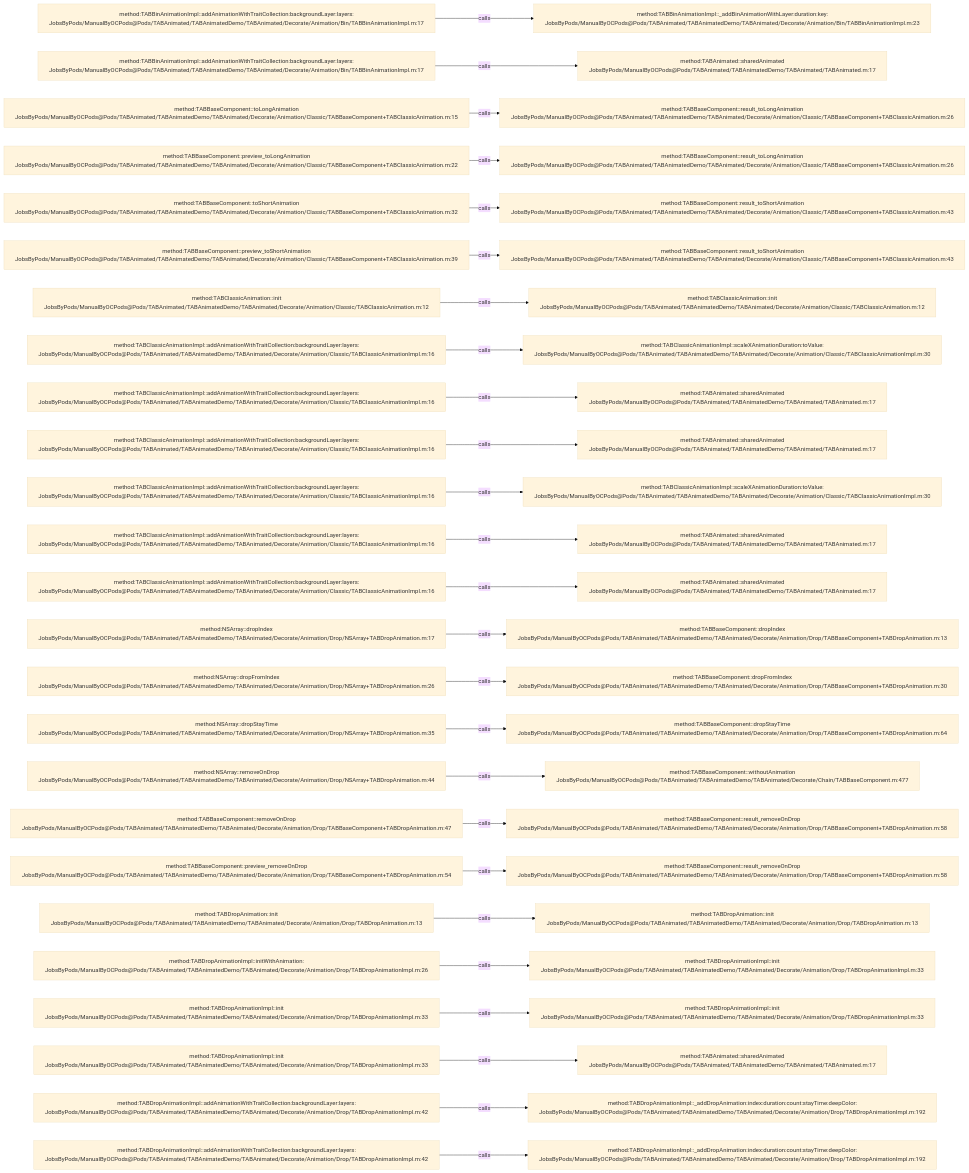
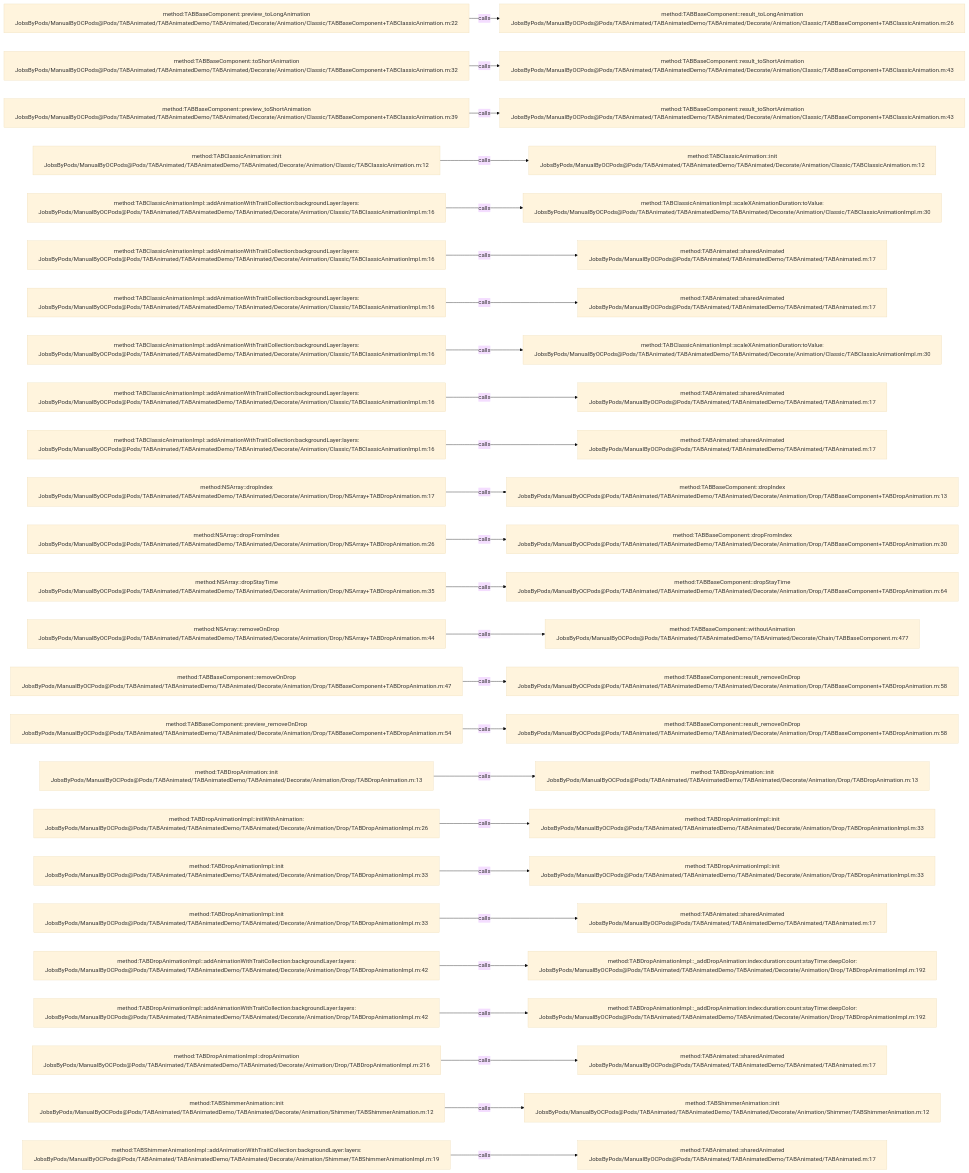
The diagram in .codegraph/codegraph.md/graphs/calls-030.md (JobsKits/JobsOCBaseConfigDemo), drawn with Mermaid (base theme) before and after one commit. The commit also changed 342 other files, not shown here.

````diff
--- a/.codegraph/codegraph.md/graphs/calls-030.md
+++ b/.codegraph/codegraph.md/graphs/calls-030.md
@@ -13,78 +13,78 @@
 ```mermaid
 flowchart LR
-  S1["method:TABBinAnimationImpl::addAnimationWithTraitCollection:backgroundLayer:layers:<br/>JobsByPods/ManualByOCPods@Pods/TABAnimated/TABAnimatedDemo/TABAnimated/Decorate/Animation/Bin/TABBinAnimationImpl.m:17"]
-  T1["method:TABBinAnimationImpl::_addBinAnimationWithLayer:duration:key:<br/>JobsByPods/ManualByOCPods@Pods/TABAnimated/TABAnimatedDemo/TABAnimated/Decorate/Animation/Bin/TABBinAnimationImpl.m:23"]
+  S1["method:TABBaseComponent::preview_toLongAnimation<br/>JobsByPods/ManualByOCPods@Pods/TABAnimated/TABAnimatedDemo/TABAnimated/Decorate/Animation/Classic/TABBaseComponent+TABClassicAnimation.m:22"]
+  T1["method:TABBaseComponent::result_toLongAnimation<br/>JobsByPods/ManualByOCPods@Pods/TABAnimated/TABAnimatedDemo/TABAnimated/Decorate/Animation/Classic/TABBaseComponent+TABClassicAnimation.m:26"]
   S1 -->|calls| T1
-  S2["method:TABBinAnimationImpl::addAnimationWithTraitCollection:backgroundLayer:layers:<br/>JobsByPods/ManualByOCPods@Pods/TABAnimated/TABAnimatedDemo/TABAnimated/Decorate/Animation/Bin/TABBinAnimationImpl.m:17"]
-  T2["method:TABAnimated::sharedAnimated<br/>JobsByPods/ManualByOCPods@Pods/TABAnimated/TABAnimatedDemo/TABAnimated/TABAnimated.m:17"]
+  S2["method:TABBaseComponent::toShortAnimation<br/>JobsByPods/ManualByOCPods@Pods/TABAnimated/TABAnimatedDemo/TABAnimated/Decorate/Animation/Classic/TABBaseComponent+TABClassicAnimation.m:32"]
+  T2["method:TABBaseComponent::result_toShortAnimation<br/>JobsByPods/ManualByOCPods@Pods/TABAnimated/TABAnimatedDemo/TABAnimated/Decorate/Animation/Classic/TABBaseComponent+TABClassicAnimation.m:43"]
   S2 -->|calls| T2
-  S3["method:TABBaseComponent::toLongAnimation<br/>JobsByPods/ManualByOCPods@Pods/TABAnimated/TABAnimatedDemo/TABAnimated/Decorate/Animation/Classic/TABBaseComponent+TABClassicAnimation.m:15"]
-  T3["method:TABBaseComponent::result_toLongAnimation<br/>JobsByPods/ManualByOCPods@Pods/TABAnimated/TABAnimatedDemo/TABAnimated/Decorate/Animation/Classic/TABBaseComponent+TABClassicAnimation.m:26"]
+  S3["method:TABBaseComponent::preview_toShortAnimation<br/>JobsByPods/ManualByOCPods@Pods/TABAnimated/TABAnimatedDemo/TABAnimated/Decorate/Animation/Classic/TABBaseComponent+TABClassicAnimation.m:39"]
+  T3["method:TABBaseComponent::result_toShortAnimation<br/>JobsByPods/ManualByOCPods@Pods/TABAnimated/TABAnimatedDemo/TABAnimated/Decorate/Animation/Classic/TABBaseComponent+TABClassicAnimation.m:43"]
   S3 -->|calls| T3
-  S4["method:TABBaseComponent::preview_toLongAnimation<br/>JobsByPods/ManualByOCPods@Pods/TABAnimated/TABAnimatedDemo/TABAnimated/Decorate/Animation/Classic/TABBaseComponent+TABClassicAnimation.m:22"]
-  T4["method:TABBaseComponent::result_toLongAnimation<br/>JobsByPods/ManualByOCPods@Pods/TABAnimated/TABAnimatedDemo/TABAnimated/Decorate/Animation/Classic/TABBaseComponent+TABClassicAnimation.m:26"]
+  S4["method:TABClassicAnimation::init<br/>JobsByPods/ManualByOCPods@Pods/TABAnimated/TABAnimatedDemo/TABAnimated/Decorate/Animation/Classic/TABClassicAnimation.m:12"]
+  T4["method:TABClassicAnimation::init<br/>JobsByPods/ManualByOCPods@Pods/TABAnimated/TABAnimatedDemo/TABAnimated/Decorate/Animation/Classic/TABClassicAnimation.m:12"]
   S4 -->|calls| T4
-  S5["method:TABBaseComponent::toShortAnimation<br/>JobsByPods/ManualByOCPods@Pods/TABAnimated/TABAnimatedDemo/TABAnimated/Decorate/Animation/Classic/TABBaseComponent+TABClassicAnimation.m:32"]
-  T5["method:TABBaseComponent::result_toShortAnimation<br/>JobsByPods/ManualByOCPods@Pods/TABAnimated/TABAnimatedDemo/TABAnimated/Decorate/Animation/Classic/TABBaseComponent+TABClassicAnimation.m:43"]
+  S5["method:TABClassicAnimationImpl::addAnimationWithTraitCollection:backgroundLayer:layers:<br/>JobsByPods/ManualByOCPods@Pods/TABAnimated/TABAnimatedDemo/TABAnimated/Decorate/Animation/Classic/TABClassicAnimationImpl.m:16"]
+  T5["method:TABClassicAnimationImpl::scaleXAnimationDuration:toValue:<br/>JobsByPods/ManualByOCPods@Pods/TABAnimated/TABAnimatedDemo/TABAnimated/Decorate/Animation/Classic/TABClassicAnimationImpl.m:30"]
   S5 -->|calls| T5
-  S6["method:TABBaseComponent::preview_toShortAnimation<br/>JobsByPods/ManualByOCPods@Pods/TABAnimated/TABAnimatedDemo/TABAnimated/Decorate/Animation/Classic/TABBaseComponent+TABClassicAnimation.m:39"]
-  T6["method:TABBaseComponent::result_toShortAnimation<br/>JobsByPods/ManualByOCPods@Pods/TABAnimated/TABAnimatedDemo/TABAnimated/Decorate/Animation/Classic/TABBaseComponent+TABClassicAnimation.m:43"]
+  S6["method:TABClassicAnimationImpl::addAnimationWithTraitCollection:backgroundLayer:layers:<br/>JobsByPods/ManualByOCPods@Pods/TABAnimated/TABAnimatedDemo/TABAnimated/Decorate/Animation/Classic/TABClassicAnimationImpl.m:16"]
+  T6["method:TABAnimated::sharedAnimated<br/>JobsByPods/ManualByOCPods@Pods/TABAnimated/TABAnimatedDemo/TABAnimated/TABAnimated.m:17"]
   S6 -->|calls| T6
-  S7["method:TABClassicAnimation::init<br/>JobsByPods/ManualByOCPods@Pods/TABAnimated/TABAnimatedDemo/TABAnimated/Decorate/Animation/Classic/TABClassicAnimation.m:12"]
-  T7["method:TABClassicAnimation::init<br/>JobsByPods/ManualByOCPods@Pods/TABAnimated/TABAnimatedDemo/TABAnimated/Decorate/Animation/Classic/TABClassicAnimation.m:12"]
+  S7["method:TABClassicAnimationImpl::addAnimationWithTraitCollection:backgroundLayer:layers:<br/>JobsByPods/ManualByOCPods@Pods/TABAnimated/TABAnimatedDemo/TABAnimated/Decorate/Animation/Classic/TABClassicAnimationImpl.m:16"]
+  T7["method:TABAnimated::sharedAnimated<br/>JobsByPods/ManualByOCPods@Pods/TABAnimated/TABAnimatedDemo/TABAnimated/TABAnimated.m:17"]
   S7 -->|calls| T7
   S8["method:TABClassicAnimationImpl::addAnimationWithTraitCollection:backgroundLayer:layers:<br/>JobsByPods/ManualByOCPods@Pods/TABAnimated/TABAnimatedDemo/TABAnimated/Decorate/Animation/Classic/TABClassicAnimationImpl.m:16"]
   T8["method:TABClassicAnimationImpl::scaleXAnimationDuration:toValue:<br/>JobsByPods/ManualByOCPods@Pods/TABAnimated/TABAnimatedDemo/TABAnimated/Decorate/Animation/Classic/TABClassicAnimationImpl.m:30"]
   S8 -->|calls| T8
   S9["method:TABClassicAnimationImpl::addAnimationWithTraitCollection:backgroundLayer:layers:<br/>JobsByPods/ManualByOCPods@Pods/TABAnimated/TABAnimatedDemo/TABAnimated/Decorate/Animation/Classic/TABClassicAnimationImpl.m:16"]
   T9["method:TABAnimated::sharedAnimated<br/>JobsByPods/ManualByOCPods@Pods/TABAnimated/TABAnimatedDemo/TABAnimated/TABAnimated.m:17"]
   S9 -->|calls| T9
   S10["method:TABClassicAnimationImpl::addAnimationWithTraitCollection:backgroundLayer:layers:<br/>JobsByPods/ManualByOCPods@Pods/TABAnimated/TABAnimatedDemo/TABAnimated/Decorate/Animation/Classic/TABClassicAnimationImpl.m:16"]
   T10["method:TABAnimated::sharedAnimated<br/>JobsByPods/ManualByOCPods@Pods/TABAnimated/TABAnimatedDemo/TABAnimated/TABAnimated.m:17"]
   S10 -->|calls| T10
-  S11["method:TABClassicAnimationImpl::addAnimationWithTraitCollection:backgroundLayer:layers:<br/>JobsByPods/ManualByOCPods@Pods/TABAnimated/TABAnimatedDemo/TABAnimated/Decorate/Animation/Classic/TABClassicAnimationImpl.m:16"]
-  T11["method:TABClassicAnimationImpl::scaleXAnimationDuration:toValue:<br/>JobsByPods/ManualByOCPods@Pods/TABAnimated/TABAnimatedDemo/TABAnimated/Decorate/Animation/Classic/TABClassicAnimationImpl.m:30"]
+  S11["method:NSArray::dropIndex<br/>JobsByPods/ManualByOCPods@Pods/TABAnimated/TABAnimatedDemo/TABAnimated/Decorate/Animation/Drop/NSArray+TABDropAnimation.m:17"]
+  T11["method:TABBaseComponent::dropIndex<br/>JobsByPods/ManualByOCPods@Pods/TABAnimated/TABAnimatedDemo/TABAnimated/Decorate/Animation/Drop/TABBaseComponent+TABDropAnimation.m:13"]
   S11 -->|calls| T11
-  S12["method:TABClassicAnimationImpl::addAnimationWithTraitCollection:backgroundLayer:layers:<br/>JobsByPods/ManualByOCPods@Pods/TABAnimated/TABAnimatedDemo/TABAnimated/Decorate/Animation/Classic/TABClassicAnimationImpl.m:16"]
-  T12["method:TABAnimated::sharedAnimated<br/>JobsByPods/ManualByOCPods@Pods/TABAnimated/TABAnimatedDemo/TABAnimated/TABAnimated.m:17"]
+  S12["method:NSArray::dropFromIndex<br/>JobsByPods/ManualByOCPods@Pods/TABAnimated/TABAnimatedDemo/TABAnimated/Decorate/Animation/Drop/NSArray+TABDropAnimation.m:26"]
+  T12["method:TABBaseComponent::dropFromIndex<br/>JobsByPods/ManualByOCPods@Pods/TABAnimated/TABAnimatedDemo/TABAnimated/Decorate/Animation/Drop/TABBaseComponent+TABDropAnimation.m:30"]
   S12 -->|calls| T12
-  S13["method:TABClassicAnimationImpl::addAnimationWithTraitCollection:backgroundLayer:layers:<br/>JobsByPods/ManualByOCPods@Pods/TABAnimated/TABAnimatedDemo/TABAnimated/Decorate/Animation/Classic/TABClassicAnimationImpl.m:16"]
-  T13["method:TABAnimated::sharedAnimated<br/>JobsByPods/ManualByOCPods@Pods/TABAnimated/TABAnimatedDemo/TABAnimated/TABAnimated.m:17"]
+  S13["method:NSArray::dropStayTime<br/>JobsByPods/ManualByOCPods@Pods/TABAnimated/TABAnimatedDemo/TABAnimated/Decorate/Animation/Drop/NSArray+TABDropAnimation.m:35"]
+  T13["method:TABBaseComponent::dropStayTime<br/>JobsByPods/ManualByOCPods@Pods/TABAnimated/TABAnimatedDemo/TABAnimated/Decorate/Animation/Drop/TABBaseComponent+TABDropAnimation.m:64"]
   S13 -->|calls| T13
-  S14["method:NSArray::dropIndex<br/>JobsByPods/ManualByOCPods@Pods/TABAnimated/TABAnimatedDemo/TABAnimated/Decorate/Animation/Drop/NSArray+TABDropAnimation.m:17"]
-  T14["method:TABBaseComponent::dropIndex<br/>JobsByPods/ManualByOCPods@Pods/TABAnimated/TABAnimatedDemo/TABAnimated/Decorate/Animation/Drop/TABBaseComponent+TABDropAnimation.m:13"]
+  S14["method:NSArray::removeOnDrop<br/>JobsByPods/ManualByOCPods@Pods/TABAnimated/TABAnimatedDemo/TABAnimated/Decorate/Animation/Drop/NSArray+TABDropAnimation.m:44"]
+  T14["method:TABBaseComponent::withoutAnimation<br/>JobsByPods/ManualByOCPods@Pods/TABAnimated/TABAnimatedDemo/TABAnimated/Decorate/Chain/TABBaseComponent.m:477"]
   S14 -->|calls| T14
-  S15["method:NSArray::dropFromIndex<br/>JobsByPods/ManualByOCPods@Pods/TABAnimated/TABAnimatedDemo/TABAnimated/Decorate/Animation/Drop/NSArray+TABDropAnimation.m:26"]
-  T15["method:TABBaseComponent::dropFromIndex<br/>JobsByPods/ManualByOCPods@Pods/TABAnimated/TABAnimatedDemo/TABAnimated/Decorate/Animation/Drop/TABBaseComponent+TABDropAnimation.m:30"]
+  S15["method:TABBaseComponent::removeOnDrop<br/>JobsByPods/ManualByOCPods@Pods/TABAnimated/TABAnimatedDemo/TABAnimated/Decorate/Animation/Drop/TABBaseComponent+TABDropAnimation.m:47"]
+  T15["method:TABBaseComponent::result_removeOnDrop<br/>JobsByPods/ManualByOCPods@Pods/TABAnimated/TABAnimatedDemo/TABAnimated/Decorate/Animation/Drop/TABBaseComponent+TABDropAnimation.m:58"]
   S15 -->|calls| T15
-  S16["method:NSArray::dropStayTime<br/>JobsByPods/ManualByOCPods@Pods/TABAnimated/TABAnimatedDemo/TABAnimated/Decorate/Animation/Drop/NSArray+TABDropAnimation.m:35"]
-  T16["method:TABBaseComponent::dropStayTime<br/>JobsByPods/ManualByOCPods@Pods/TABAnimated/TABAnimatedDemo/TABAnimated/Decorate/Animation/Drop/TABBaseComponent+TABDropAnimation.m:64"]
+  S16["method:TABBaseComponent::preview_removeOnDrop<br/>JobsByPods/ManualByOCPods@Pods/TABAnimated/TABAnimatedDemo/TABAnimated/Decorate/Animation/Drop/TABBaseComponent+TABDropAnimation.m:54"]
+  T16["method:TABBaseComponent::result_removeOnDrop<br/>JobsByPods/ManualByOCPods@Pods/TABAnimated/TABAnimatedDemo/TABAnimated/Decorate/Animation/Drop/TABBaseComponent+TABDropAnimation.m:58"]
   S16 -->|calls| T16
-  S17["method:NSArray::removeOnDrop<br/>JobsByPods/ManualByOCPods@Pods/TABAnimated/TABAnimatedDemo/TABAnimated/Decorate/Animation/Drop/NSArray+TABDropAnimation.m:44"]
-  T17["method:TABBaseComponent::withoutAnimation<br/>JobsByPods/ManualByOCPods@Pods/TABAnimated/TABAnimatedDemo/TABAnimated/Decorate/Chain/TABBaseComponent.m:477"]
+  S17["method:TABDropAnimation::init<br/>JobsByPods/ManualByOCPods@Pods/TABAnimated/TABAnimatedDemo/TABAnimated/Decorate/Animation/Drop/TABDropAnimation.m:13"]
+  T17["method:TABDropAnimation::init<br/>JobsByPods/ManualByOCPods@Pods/TABAnimated/TABAnimatedDemo/TABAnimated/Decorate/Animation/Drop/TABDropAnimation.m:13"]
   S17 -->|calls| T17
-  S18["method:TABBaseComponent::removeOnDrop<br/>JobsByPods/ManualByOCPods@Pods/TABAnimated/TABAnimatedDemo/TABAnimated/Decorate/Animation/Drop/TABBaseComponent+TABDropAnimation.m:47"]
-  T18["method:TABBaseComponent::result_removeOnDrop<br/>JobsByPods/ManualByOCPods@Pods/TABAnimated/TABAnimatedDemo/TABAnimated/Decorate/Animation/Drop/TABBaseComponent+TABDropAnimation.m:58"]
+  S18["method:TABDropAnimationImpl::initWithAnimation:<br/>JobsByPods/ManualByOCPods@Pods/TABAnimated/TABAnimatedDemo/TABAnimated/Decorate/Animation/Drop/TABDropAnimationImpl.m:26"]
+  T18["method:TABDropAnimationImpl::init<br/>JobsByPods/ManualByOCPods@Pods/TABAnimated/TABAnimatedDemo/TABAnimated/Decorate/Animation/Drop/TABDropAnimationImpl.m:33"]
   S18 -->|calls| T18
-  S19["method:TABBaseComponent::preview_removeOnDrop<br/>JobsByPods/ManualByOCPods@Pods/TABAnimated/TABAnimatedDemo/TABAnimated/Decorate/Animation/Drop/TABBaseComponent+TABDropAnimation.m:54"]
-  T19["method:TABBaseComponent::result_removeOnDrop<br/>JobsByPods/ManualByOCPods@Pods/TABAnimated/TABAnimatedDemo/TABAnimated/Decorate/Animation/Drop/TABBaseComponent+TABDropAnimation.m:58"]
+  S19["method:TABDropAnimationImpl::init<br/>JobsByPods/ManualByOCPods@Pods/TABAnimated/TABAnimatedDemo/TABAnimated/Decorate/Animation/Drop/TABDropAnimationImpl.m:33"]
+  T19["method:TABDropAnimationImpl::init<br/>JobsByPods/ManualByOCPods@Pods/TABAnimated/TABAnimatedDemo/TABAnimated/Decorate/Animation/Drop/TABDropAnimationImpl.m:33"]
   S19 -->|calls| T19
-  S20["method:TABDropAnimation::init<br/>JobsByPods/ManualByOCPods@Pods/TABAnimated/TABAnimatedDemo/TABAnimated/Decorate/Animation/Drop/TABDropAnimation.m:13"]
-  T20["method:TABDropAnimation::init<br/>JobsByPods/ManualByOCPods@Pods/TABAnimated/TABAnimatedDemo/TABAnimated/Decorate/Animation/Drop/TABDropAnimation.m:13"]
+  S20["method:TABDropAnimationImpl::init<br/>JobsByPods/ManualByOCPods@Pods/TABAnimated/TABAnimatedDemo/TABAnimated/Decorate/Animation/Drop/TABDropAnimationImpl.m:33"]
+  T20["method:TABAnimated::sharedAnimated<br/>JobsByPods/ManualByOCPods@Pods/TABAnimated/TABAnimatedDemo/TABAnimated/TABAnimated.m:17"]
   S20 -->|calls| T20
-  S21["method:TABDropAnimationImpl::initWithAnimation:<br/>JobsByPods/ManualByOCPods@Pods/TABAnimated/TABAnimatedDemo/TABAnimated/Decorate/Animation/Drop/TABDropAnimationImpl.m:26"]
-  T21["method:TABDropAnimationImpl::init<br/>JobsByPods/ManualByOCPods@Pods/TABAnimated/TABAnimatedDemo/TABAnimated/Decorate/Animation/Drop/TABDropAnimationImpl.m:33"]
+  S21["method:TABDropAnimationImpl::addAnimationWithTraitCollection:backgroundLayer:layers:<br/>JobsByPods/ManualByOCPods@Pods/TABAnimated/TABAnimatedDemo/TABAnimated/Decorate/Animation/Drop/TABDropAnimationImpl.m:42"]
+  T21["method:TABDropAnimationImpl::_addDropAnimation:index:duration:count:stayTime:deepColor:<br/>JobsByPods/ManualByOCPods@Pods/TABAnimated/TABAnimatedDemo/TABAnimated/Decorate/Animation/Drop/TABDropAnimationImpl.m:192"]
   S21 -->|calls| T21
-  S22["method:TABDropAnimationImpl::init<br/>JobsByPods/ManualByOCPods@Pods/TABAnimated/TABAnimatedDemo/TABAnimated/Decorate/Animation/Drop/TABDropAnimationImpl.m:33"]
-  T22["method:TABDropAnimationImpl::init<br/>JobsByPods/ManualByOCPods@Pods/TABAnimated/TABAnimatedDemo/TABAnimated/Decorate/Animation/Drop/TABDropAnimationImpl.m:33"]
+  S22["method:TABDropAnimationImpl::addAnimationWithTraitCollection:backgroundLayer:layers:<br/>JobsByPods/ManualByOCPods@Pods/TABAnimated/TABAnimatedDemo/TABAnimated/Decorate/Animation/Drop/TABDropAnimationImpl.m:42"]
+  T22["method:TABDropAnimationImpl::_addDropAnimation:index:duration:count:stayTime:deepColor:<br/>JobsByPods/ManualByOCPods@Pods/TABAnimated/TABAnimatedDemo/TABAnimated/Decorate/Animation/Drop/TABDropAnimationImpl.m:192"]
   S22 -->|calls| T22
-  S23["method:TABDropAnimationImpl::init<br/>JobsByPods/ManualByOCPods@Pods/TABAnimated/TABAnimatedDemo/TABAnimated/Decorate/Animation/Drop/TABDropAnimationImpl.m:33"]
+  S23["method:TABDropAnimationImpl::dropAnimation<br/>JobsByPods/ManualByOCPods@Pods/TABAnimated/TABAnimatedDemo/TABAnimated/Decorate/Animation/Drop/TABDropAnimationImpl.m:216"]
   T23["method:TABAnimated::sharedAnimated<br/>JobsByPods/ManualByOCPods@Pods/TABAnimated/TABAnimatedDemo/TABAnimated/TABAnimated.m:17"]
   S23 -->|calls| T23
-  S24["method:TABDropAnimationImpl::addAnimationWithTraitCollection:backgroundLayer:layers:<br/>JobsByPods/ManualByOCPods@Pods/TABAnimated/TABAnimatedDemo/TABAnimated/Decorate/Animation/Drop/TABDropAnimationImpl.m:42"]
-  T24["method:TABDropAnimationImpl::_addDropAnimation:index:duration:count:stayTime:deepColor:<br/>JobsByPods/ManualByOCPods@Pods/TABAnimated/TABAnimatedDemo/TABAnimated/Decorate/Animation/Drop/TABDropAnimationImpl.m:192"]
+  S24["method:TABShimmerAnimation::init<br/>JobsByPods/ManualByOCPods@Pods/TABAnimated/TABAnimatedDemo/TABAnimated/Decorate/Animation/Shimmer/TABShimmerAnimation.m:12"]
+  T24["method:TABShimmerAnimation::init<br/>JobsByPods/ManualByOCPods@Pods/TABAnimated/TABAnimatedDemo/TABAnimated/Decorate/Animation/Shimmer/TABShimmerAnimation.m:12"]
   S24 -->|calls| T24
-  S25["method:TABDropAnimationImpl::addAnimationWithTraitCollection:backgroundLayer:layers:<br/>JobsByPods/ManualByOCPods@Pods/TABAnimated/TABAnimatedDemo/TABAnimated/Decorate/Animation/Drop/TABDropAnimationImpl.m:42"]
-  T25["method:TABDropAnimationImpl::_addDropAnimation:index:duration:count:stayTime:deepColor:<br/>JobsByPods/ManualByOCPods@Pods/TABAnimated/TABAnimatedDemo/TABAnimated/Decorate/Animation/Drop/TABDropAnimationImpl.m:192"]
+  S25["method:TABShimmerAnimationImpl::addAnimationWithTraitCollection:backgroundLayer:layers:<br/>JobsByPods/ManualByOCPods@Pods/TABAnimated/TABAnimatedDemo/TABAnimated/Decorate/Animation/Shimmer/TABShimmerAnimationImpl.m:19"]
+  T25["method:TABAnimated::sharedAnimated<br/>JobsByPods/ManualByOCPods@Pods/TABAnimated/TABAnimatedDemo/TABAnimated/TABAnimated.m:17"]
   S25 -->|calls| T25
 ```
````
